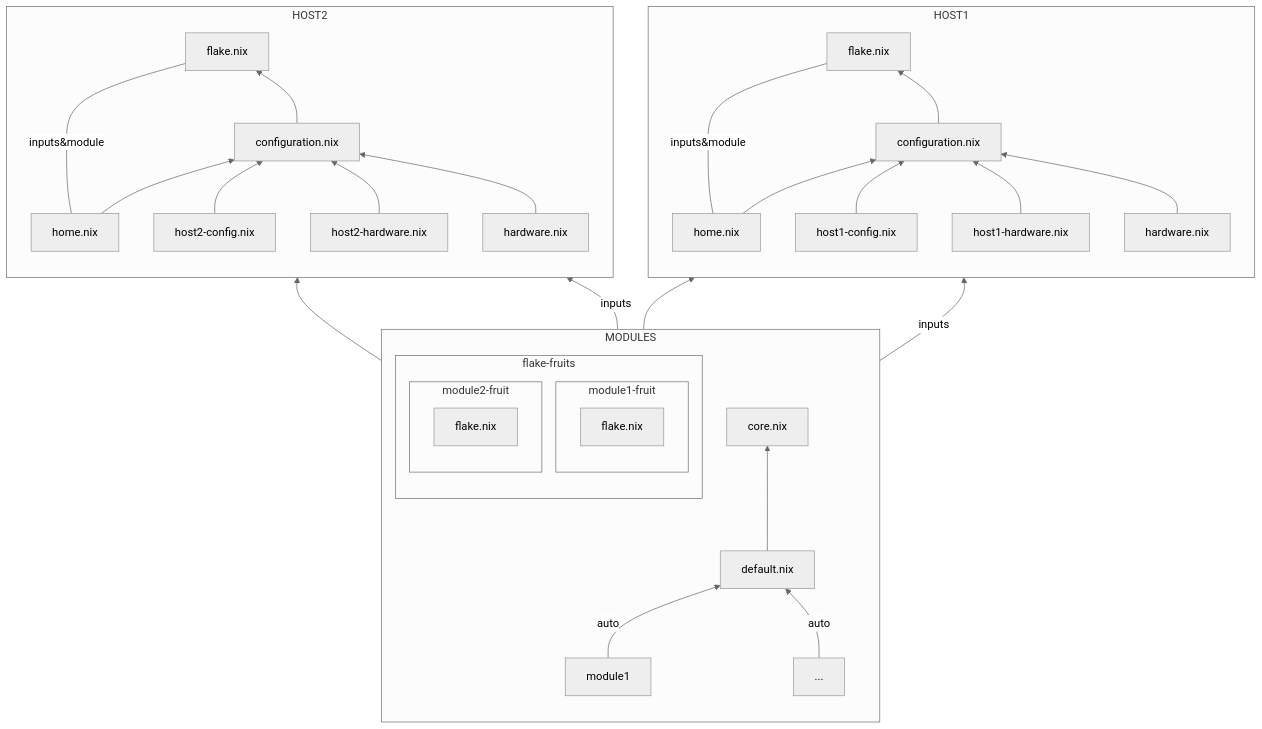
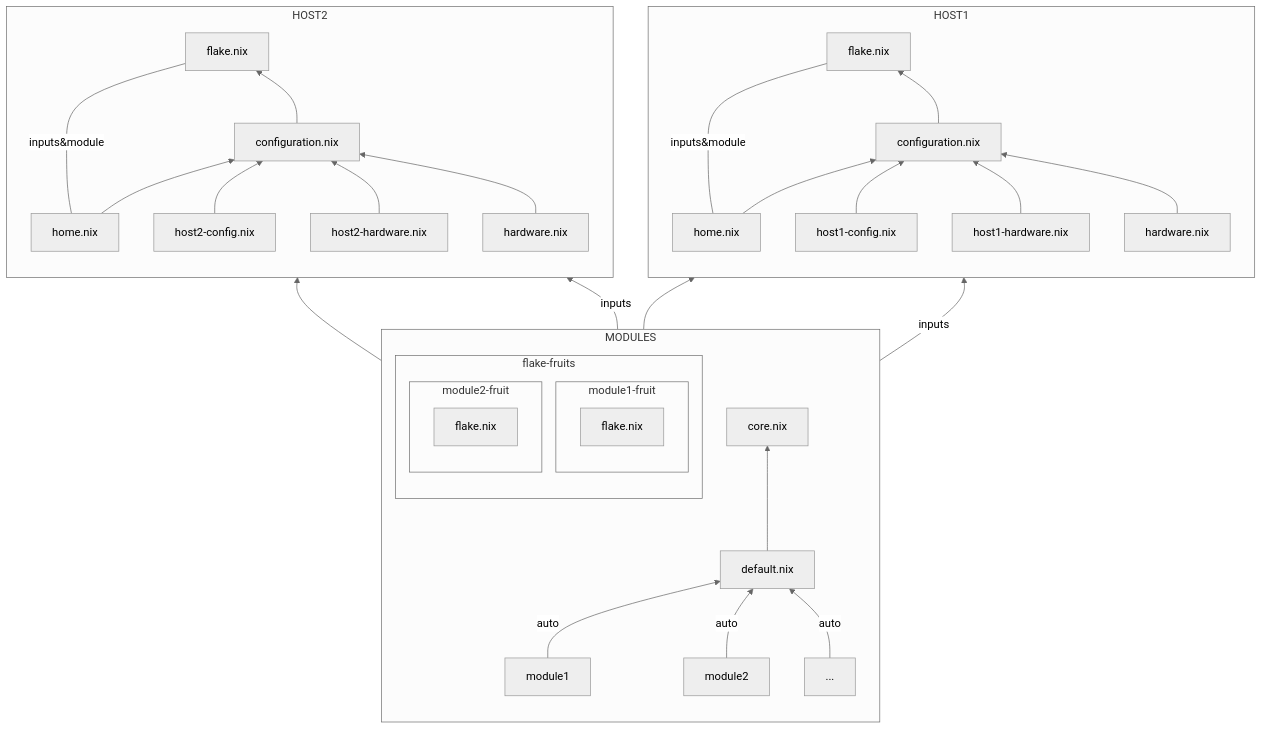
The diagram in README.md (marcodemayda/fruits-nix), drawn with Mermaid (neutral theme) before and after one commit. The commit also changed other lines of this file, not shown here.

Commit message:
broken on codeberg

````diff
--- a/README.md
+++ b/README.md
@@ -7,42 +9,43 @@
 ```mermaid
 flowchart BT
 
   subgraph HOST1
     direction BT
     configuration.nix --> flake.nix
     home.nix --> configuration.nix
     home.nix --inputs&module--- flake.nix
     host1-config.nix --> configuration.nix
     host1-hardware.nix --> configuration.nix
     hardware.nix --> configuration.nix
   end
 
 subgraph HOST2
     direction BT
     conf2[configuration.nix] --> flake2[flake.nix]
     home2[home.nix] --> conf2
     home2 --inputs&module--- flake2
     host2-config.nix --> conf2
     host2-hardware.nix --> conf2
     hardware2[hardware.nix] --> conf2
   end
 
 
  subgraph MODULES
   direction BT
   default.nix --> core.nix
   core.nix --> configuration.nix
   core.nix --> conf2
   module1 --auto --> default.nix
-  module2[...] --auto --> default.nix
+  module2 --auto --> default.nix
+  module3[...] --auto --> default.nix
 
     subgraph flake-fruits
         subgraph module1-fruit
         flake-fruit[flake.nix] --inputs--> flake.nix
         end
         subgraph module2-fruit
         flake-fruit2[flake.nix] --inputs--> flake2
         end
     end
   end
 ```
````
